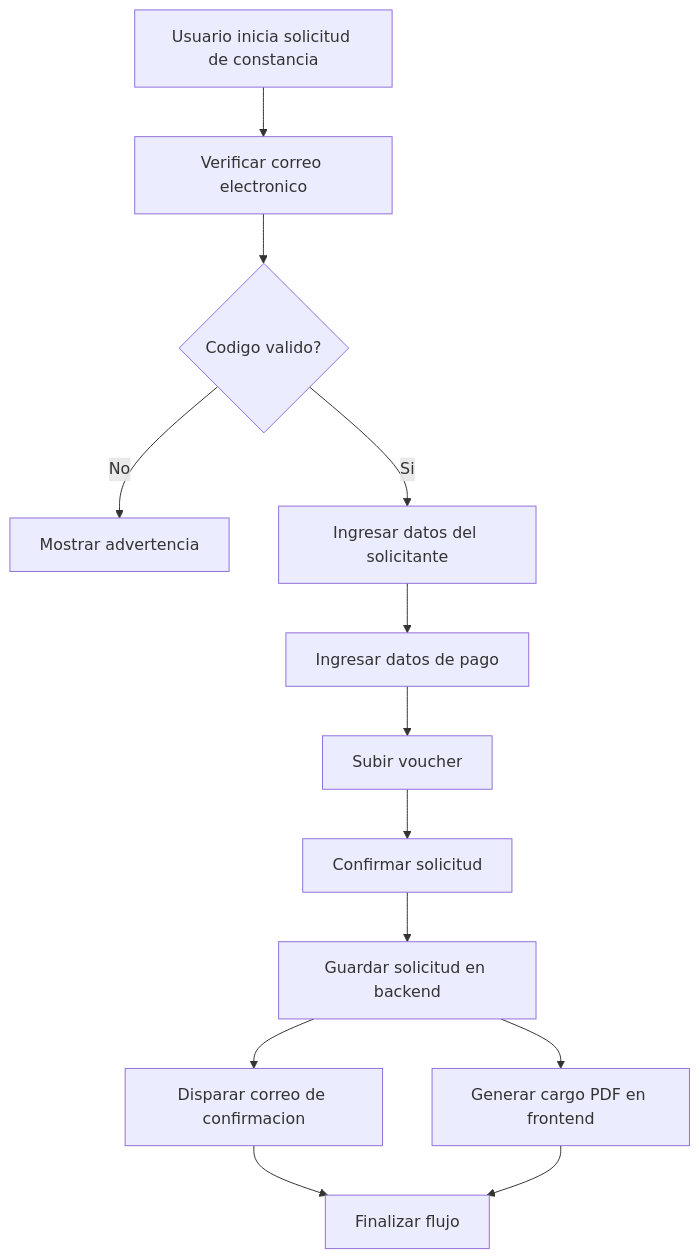
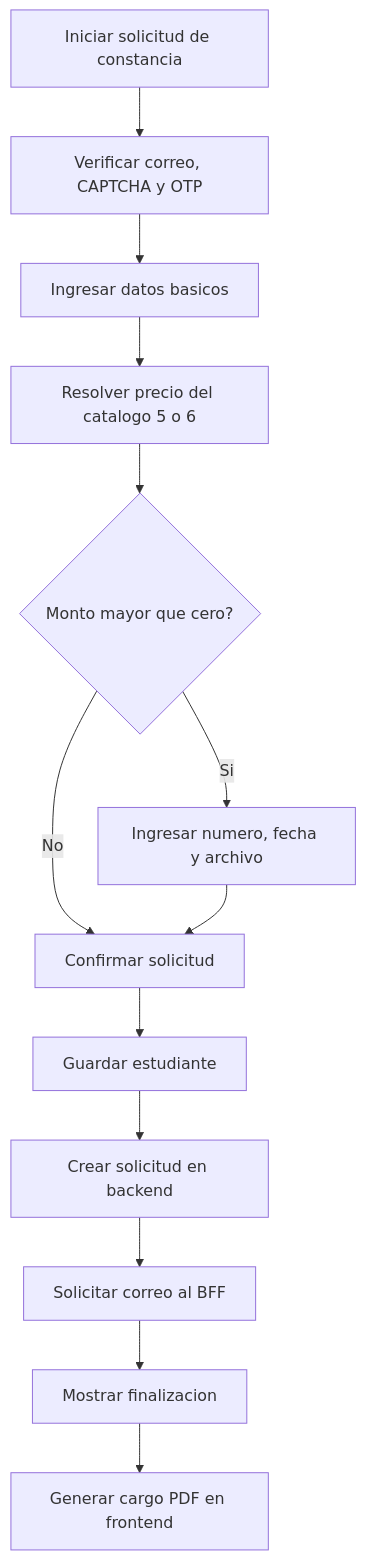
Before and after one commit to luismiguelgs/ciunac-sol-1.3: the diagram in docs/requirements/use-cases/solicitud-constancia.md, drawn with Mermaid. The commit also changed other lines of this file and 60 other files, not shown here.

````diff
--- a/docs/requirements/use-cases/solicitud-constancia.md
+++ b/docs/requirements/use-cases/solicitud-constancia.md
@@ -37,15 +32,15 @@
 ```mermaid
 flowchart TD
-    Start["Usuario inicia solicitud de constancia"] --> Email["Verificar correo electronico"]
-    Email --> Code{"Codigo valido?"}
-    Code -->|No| EmailError["Mostrar advertencia"]
-    Code -->|Si| Basic["Ingresar datos del solicitante"]
-    Basic --> Payment["Ingresar datos de pago"]
-    Payment --> Voucher["Subir voucher"]
-    Voucher --> Confirm["Confirmar solicitud"]
-    Confirm --> Save["Guardar solicitud en backend"]
-    Save --> Mail["Disparar correo de confirmacion"]
-    Save --> Pdf["Generar cargo PDF en frontend"]
-    Mail --> Finish["Finalizar flujo"]
-    Pdf --> Finish
+    Start["Iniciar solicitud de constancia"] --> Verify["Verificar correo, CAPTCHA y OTP"]
+    Verify --> Basic["Ingresar datos basicos"]
+    Basic --> Price["Resolver precio del catalogo 5 o 6"]
+    Price --> Paid{"Monto mayor que cero?"}
+    Paid -->|Si| Voucher["Ingresar numero, fecha y archivo"]
+    Paid -->|No| Confirm["Confirmar solicitud"]
+    Voucher --> Confirm
+    Confirm --> Student["Guardar estudiante"]
+    Student --> Save["Crear solicitud en backend"]
+    Save --> Mail["Solicitar correo al BFF"]
+    Mail --> Finish["Mostrar finalizacion"]
+    Finish --> Pdf["Generar cargo PDF en frontend"]
 ```
````
